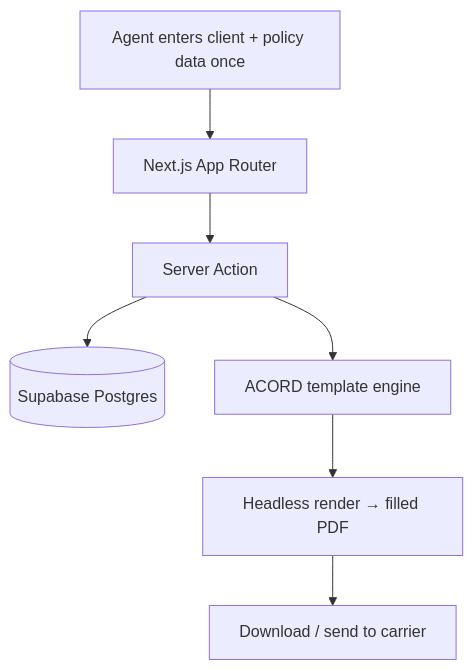
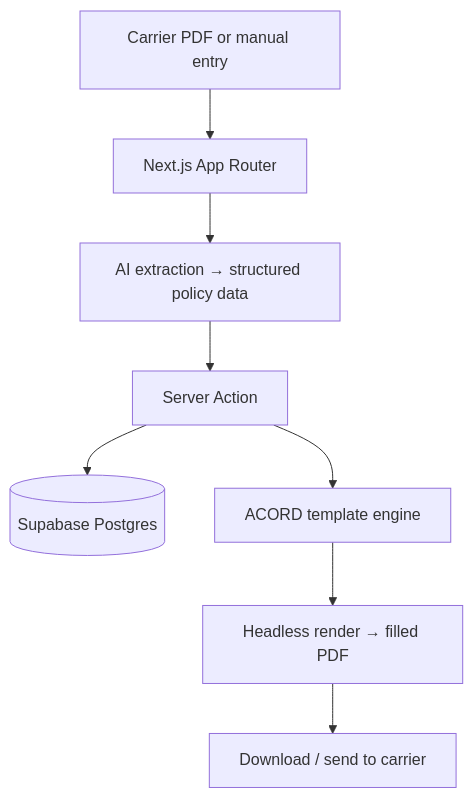
The diagram in case-studies/policypilot.md (smzubs/portfolio), drawn with Mermaid before and after one commit. The commit also changed other lines of this file and 6 other files, not shown here.

````diff
--- a/case-studies/policypilot.md
+++ b/case-studies/policypilot.md
@@ -51,9 +53,10 @@
 ```mermaid
 flowchart TD
-    A[Agent enters client + policy data once] --> B[Next.js App Router]
-    B --> C[Server Action]
+    A[Carrier PDF or manual entry] --> B[Next.js App Router]
+    B --> K[AI extraction → structured policy data]
+    K --> C[Server Action]
     C --> F[(Supabase Postgres)]
     C --> H[ACORD template engine]
     H --> I[Headless render → filled PDF]
     I --> J[Download / send to carrier]
 ```
````
